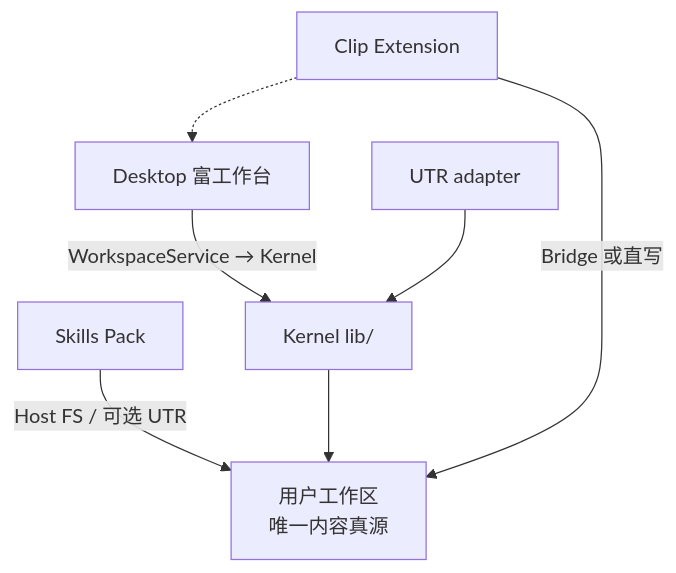
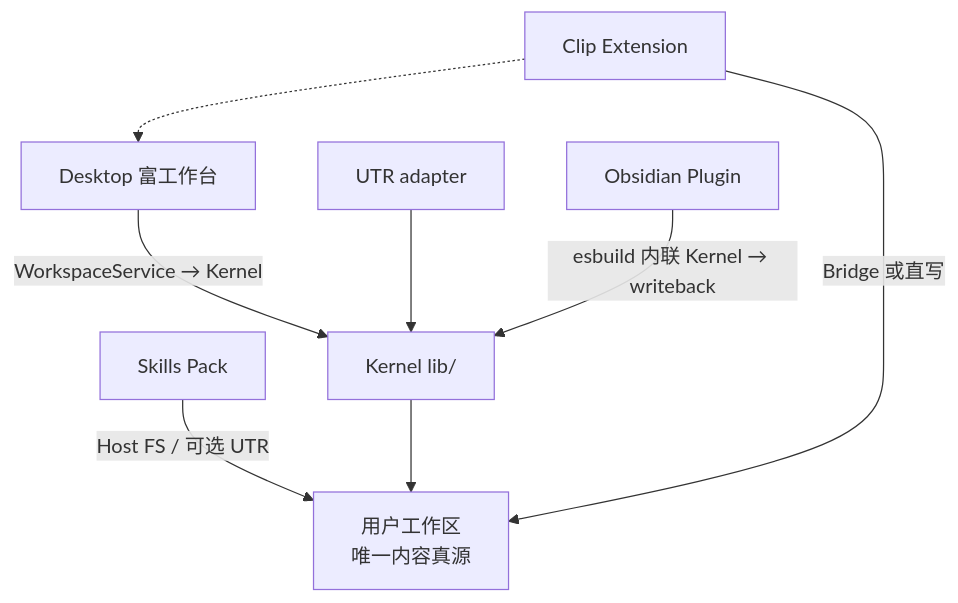
One commit to topmindspace/topmind changed the diagram in PRODUCT-BOUNDARIES.md. Above: the diagram before and after it, drawn with Mermaid. The commit also changed other lines of this file and 98 other files, not shown here.

Commit message:
chore: update project dependencies and documentation with Obsidian plugin artifacts

````diff
--- a/PRODUCT-BOUNDARIES.md
+++ b/PRODUCT-BOUNDARIES.md
@@ -136,16 +146,18 @@
 ```mermaid
 graph TD
     WS["用户工作区<br/>唯一内容真源"]
     SP["Skills Pack"]
     DT["Desktop 富工作台"]
     UTR["UTR adapter"]
     CE["Clip Extension"]
+    OB["Obsidian Plugin"]
     K["Kernel lib/"]
 
     SP -->|"Host FS / 可选 UTR"| WS
     DT -->|"WorkspaceService → Kernel"| K
     UTR --> K
     K --> WS
     CE -->|"Bridge 或直写"| WS
     CE -.-> DT
+    OB -->|"esbuild 内联 Kernel → writeback"| K
 ```
````
